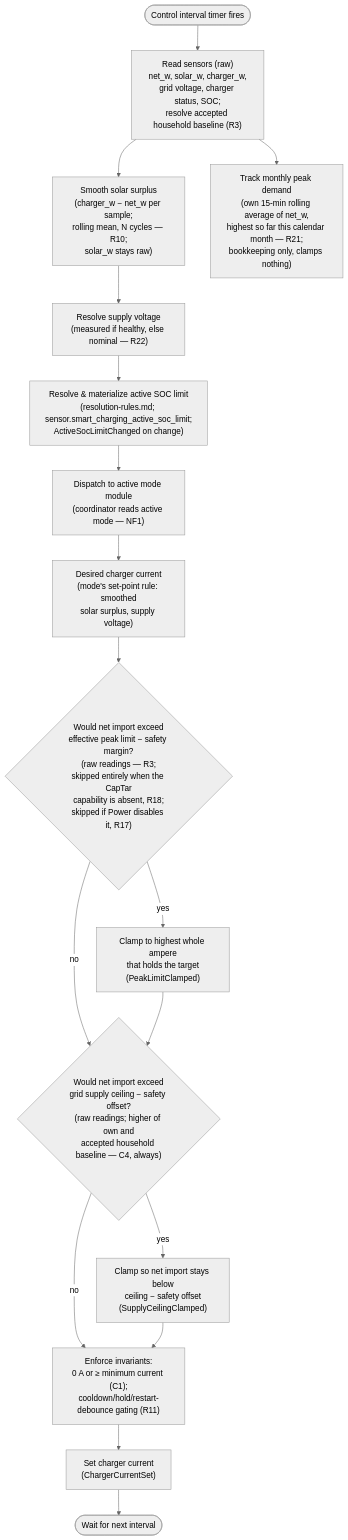
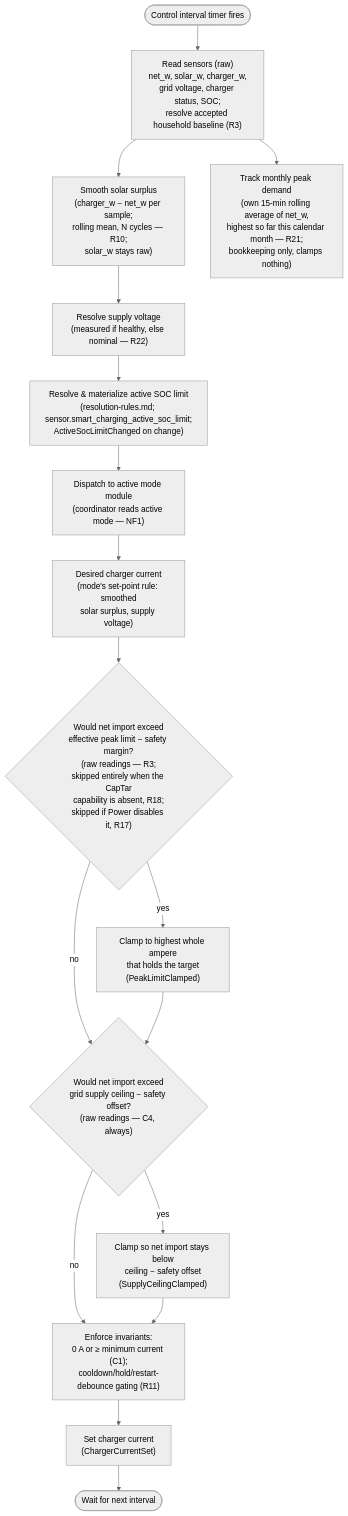
Before and after one commit to kristofdegrave/homeassistant-smart-charging: the diagram in docs/analysis/control-cycle.md, drawn with Mermaid (neutral theme). The commit also changed other lines of this file and 2 other files, not shown here.

First line of the commit message:
requirement: take C4's unproven higher-of baseline rule out of the analysis documents (#1555)

````diff
--- a/docs/analysis/control-cycle.md
+++ b/docs/analysis/control-cycle.md
@@ -72,19 +72,19 @@
 ```mermaid
 flowchart TD
     Timer(["Control interval timer fires"]) --> Read["Read sensors (raw)<br/>net_w, solar_w, charger_w,<br/>grid voltage, charger status, SOC;<br/>resolve accepted household baseline (R3)"]
     Read --> Smooth["Smooth solar surplus<br/>(charger_w − net_w per sample;<br/>rolling mean, N cycles — R10;<br/>solar_w stays raw)"]
     Read --> PeakTrack["Track monthly peak demand<br/>(own 15-min rolling average of net_w,<br/>highest so far this calendar month — R21;<br/>bookkeeping only, clamps nothing)"]
     Smooth --> Volt["Resolve supply voltage<br/>(measured if healthy, else nominal — R22)"]
     Volt --> SocLimit["Resolve & materialize active SOC limit<br/>(resolution-rules.md; sensor.smart_charging_active_soc_limit;<br/>ActiveSocLimitChanged on change)"]
     SocLimit --> Dispatch["Dispatch to active mode module<br/>(coordinator reads active mode — NF1)"]
     Dispatch --> Desired["Desired charger current<br/>(mode's set-point rule: smoothed<br/>solar surplus, supply voltage)"]
     Desired --> Peak{"Would net import exceed<br/>effective peak limit − safety margin?<br/>(raw readings — R3;<br/>skipped entirely when the CapTar<br/>capability is absent, R18;<br/>skipped if Power disables it, R17)"}
     Peak -->|yes| Clamp["Clamp to highest whole ampere<br/>that holds the target<br/>(PeakLimitClamped)"]
     Peak -->|no| Ceiling
-    Clamp --> Ceiling{"Would net import exceed<br/>grid supply ceiling − safety offset?<br/>(raw readings; higher of own and<br/>accepted household baseline — C4, always)"}
+    Clamp --> Ceiling{"Would net import exceed<br/>grid supply ceiling − safety offset?<br/>(raw readings — C4, always)"}
     Ceiling -->|yes| CeilingClamp["Clamp so net import stays below<br/>ceiling − safety offset<br/>(SupplyCeilingClamped)"]
     Ceiling -->|no| Invariant
     CeilingClamp --> Invariant["Enforce invariants:<br/>0 A or ≥ minimum current (C1);<br/>cooldown/hold/restart-debounce gating (R11)"]
     Invariant --> Set["Set charger current<br/>(ChargerCurrentSet)"]
     Set --> Wait(["Wait for next interval"])
 ```
````
